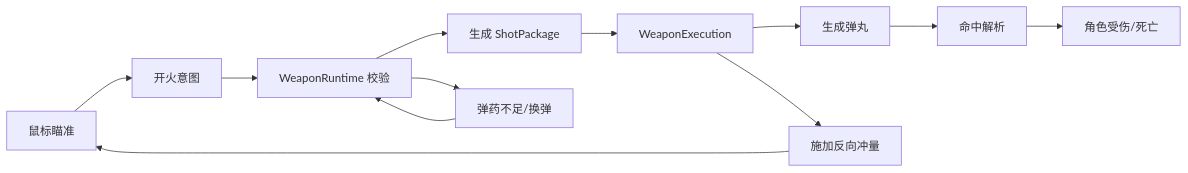
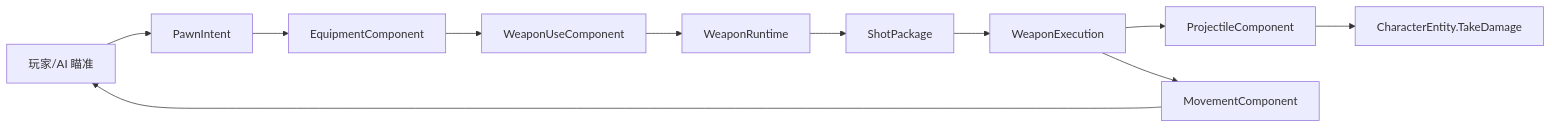
One commit to stttttttt/GrazeShotDemo changed the diagram in Assets/Scripts/ShotGame/Docs/04_武器射击与后坐力战斗闭环计划.md. Above: the diagram before and after it, drawn with Mermaid. The commit also changed other lines of this file and 109 other files, not shown here.

````diff
--- a/Assets/Scripts/ShotGame/Docs/04_武器射击与后坐力战斗闭环计划.md
+++ b/Assets/Scripts/ShotGame/Docs/04_武器射击与后坐力战斗闭环计划.md
@@ -23,18 +22,17 @@
 ```mermaid
 flowchart LR
-    AIM[鼠标瞄准]
-    FIRE[开火意图]
-    RUNTIME[WeaponRuntime 校验]
-    SHOT[生成 ShotPackage]
-    EXEC[WeaponExecution]
-    PROJECTILE[生成弹丸]
-    RECOIL[施加反向冲量]
-    HIT[命中解析]
-    DAMAGE[角色受伤/死亡]
-    RELOAD[弹药不足/换弹]
+    AIM[玩家/AI 瞄准]
+    INTENT[PawnIntent]
+    EQUIPMENT[EquipmentComponent]
+    USE[WeaponUseComponent]
+    RUNTIME[WeaponRuntime]
+    PACKAGE[ShotPackage]
+    EXECUTION[WeaponExecution]
+    PROJECTILE[ProjectileComponent]
+    HIT[CharacterEntity.TakeDamage]
+    RECOIL[MovementComponent]
 
-    AIM --> FIRE --> RUNTIME --> SHOT --> EXEC
-    EXEC --> PROJECTILE --> HIT --> DAMAGE
-    EXEC --> RECOIL --> AIM
-    RUNTIME --> RELOAD --> RUNTIME
+    AIM --> INTENT --> EQUIPMENT --> USE --> RUNTIME --> PACKAGE --> EXECUTION
+    EXECUTION --> PROJECTILE --> HIT
+    EXECUTION --> RECOIL --> AIM
 ```
````
